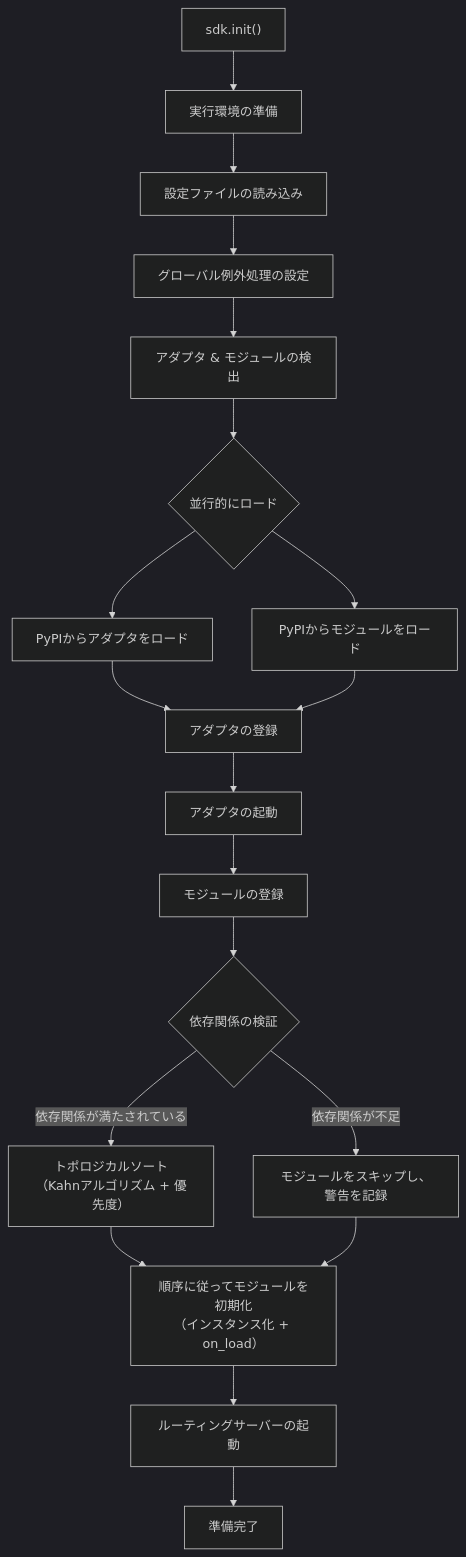
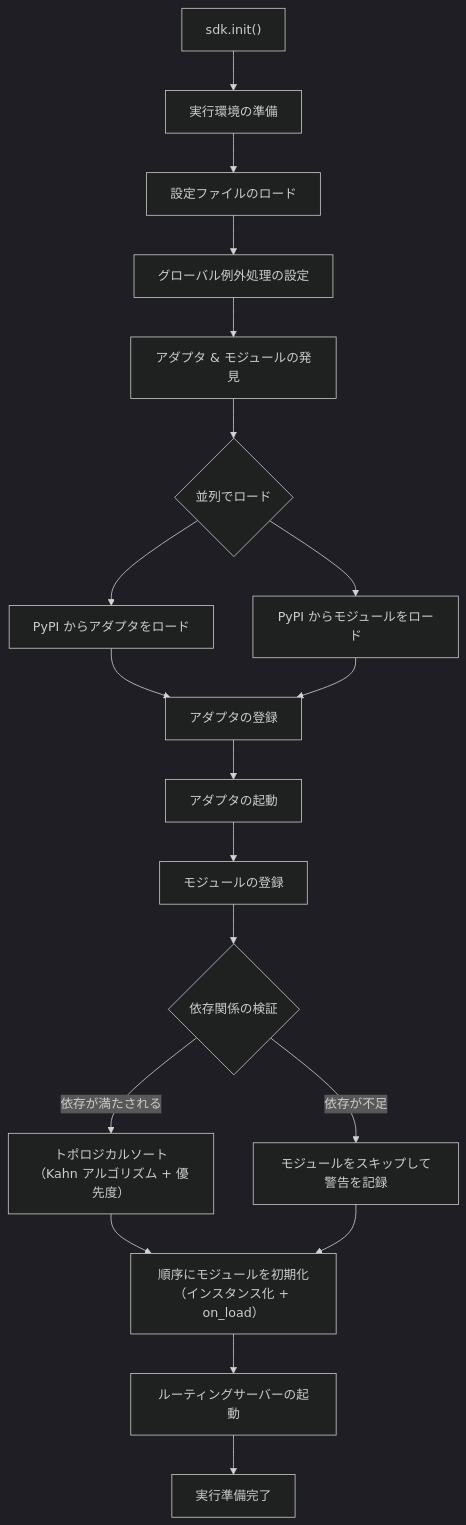
One commit to ErisPulse/ErisPulse changed the second of 10 diagrams in docs/ja/architecture.md. Above: the diagram before and after it, drawn with Mermaid (dark theme). The commit also changed other lines of this file and 828 other files, not shown here.

````diff
--- a/docs/ja/architecture.md
+++ b/docs/ja/architecture.md
@@ -59,20 +62,20 @@
 ```mermaid
 flowchart TD
     A["sdk.init()"] --> B["実行環境の準備"]
-    B --> B1["設定ファイルの読み込み"]
+    B --> B1["設定ファイルのロード"]
     B1 --> B2["グローバル例外処理の設定"]
-    B2 --> C["アダプタ & モジュールの検出"]
-    C --> D{"並行的にロード"}
-    D --> D1["PyPIからアダプタをロード"]
-    D --> D2["PyPIからモジュールをロード"]
+    B2 --> C["アダプタ & モジュールの発見"]
+    C --> D{"並列でロード"}
+    D --> D1["PyPI からアダプタをロード"]
+    D --> D2["PyPI からモジュールをロード"]
     D1 & D2 --> E["アダプタの登録"]
     E --> E1["アダプタの起動"]
     E1 --> F["モジュールの登録"]
     F --> F1{"依存関係の検証"}
-    F1 -->|"依存関係が不足"| F2["モジュールをスキップし、警告を記録"]
-    F1 -->|"依存関係が満たされている"| F3["トポロジカルソート<br/>（Kahnアルゴリズム + 優先度）"]
-    F3 --> G["順序に従ってモジュールを初期化<br/>（インスタンス化 + on_load）"]
+    F1 -->|"依存が不足"| F2["モジュールをスキップして警告を記録"]
+    F1 -->|"依存が満たされる"| F3["トポロジカルソート<br/>（Kahn アルゴリズム + 優先度）"]
+    F3 --> G["順序にモジュールを初期化<br/>（インスタンス化 + on_load）"]
     F2 --> G
     G --> H["ルーティングサーバーの起動"]
-    H --> K["準備完了"]
+    H --> K["実行準備完了"]
 ```
````
